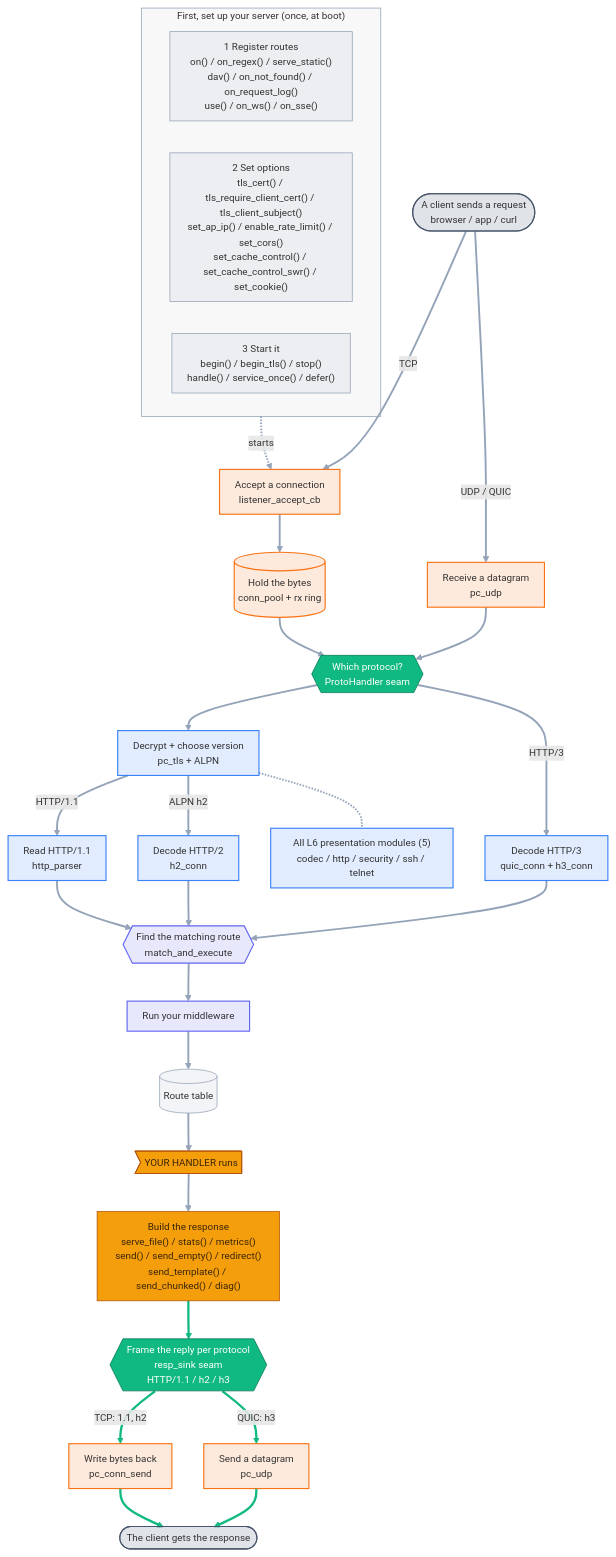
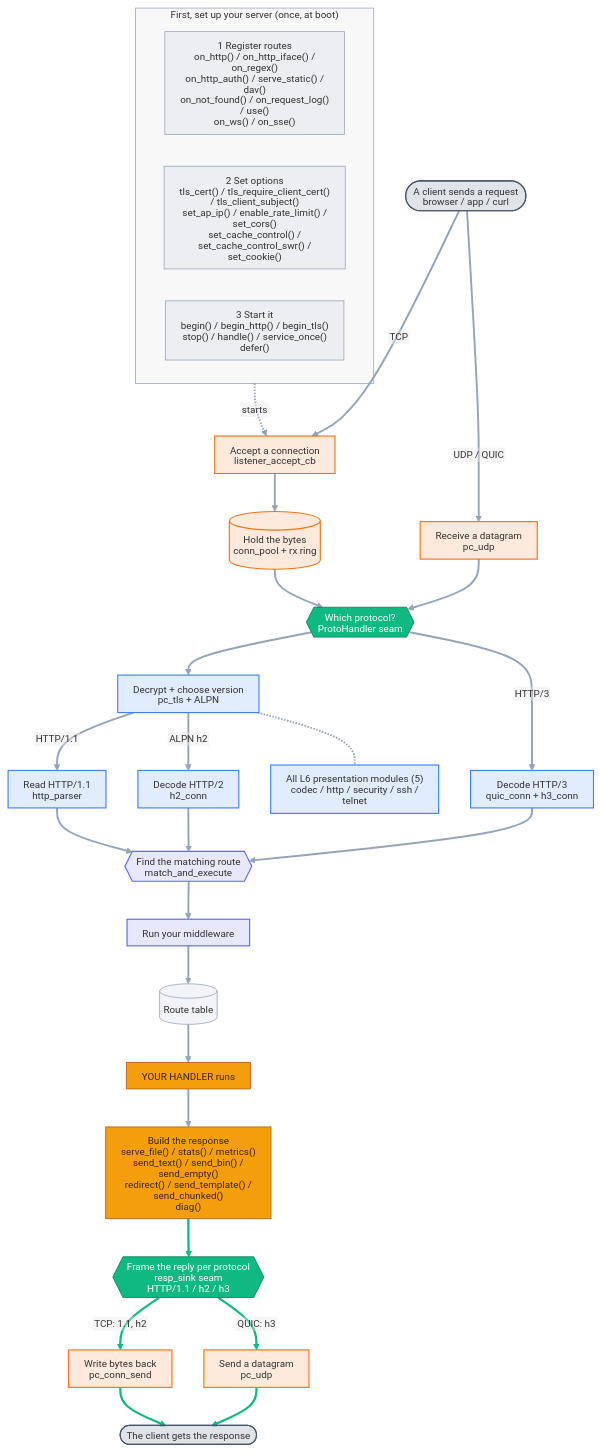
The diagram in docs/diagrams/api_flow_detail.mmd (dstroy0/DeterministicESPAsyncWebServer), drawn with Mermaid before and after one commit. The commit also changed 28 other files, not shown here.

First line of the commit message:
docs: interactive SVG diagrams, and a README that is not half feature table

```diff
--- a/docs/diagrams/api_flow_detail.mmd
+++ b/docs/diagrams/api_flow_detail.mmd
@@ -1,71 +1,71 @@
-%%{init: {'themeVariables':{'fontFamily':'ui-sans-serif,system-ui,Segoe UI,Roboto,sans-serif','fontSize':'13px','lineColor':'#94a3b8'},'flowchart':{'curve':'basis','nodeSpacing':42,'rankSpacing':50,'padding':10,'useMaxWidth':true}}}%%
+%%{init: {'htmlLabels':false,'themeVariables':{'fontFamily':'sans-serif','fontSize':'13px','lineColor':'#94a3b8'},'flowchart':{'curve':'basis','nodeSpacing':42,'rankSpacing':50,'padding':10,'useMaxWidth':true,'htmlLabels':false}}}%%
 flowchart TB
   %% Auto-generated from the public API, proto_builtins.cpp, and presentation/ on disk.
   subgraph SETUP["First, set up your server (once, at boot)"]
     direction LR
-    reg["1 Register routes<br/>on() / on_regex() / serve_static()<br/>dav() / on_not_found() / on_request_log()<br/>use() / on_ws() / on_sse()"]
+    reg["1 Register routes<br/>on_http() / on_http_iface() / on_regex()<br/>on_http_auth() / serve_static() / dav()<br/>on_not_found() / on_request_log() / use()<br/>on_ws() / on_sse()"]
     cfg["2 Set options<br/>tls_cert() / tls_require_client_cert() / tls_client_subject()<br/>set_ap_ip() / enable_rate_limit() / set_cors()<br/>set_cache_control() / set_cache_control_swr() / set_cookie()"]
-    run["3 Start it<br/>begin() / begin_tls() / stop()<br/>handle() / service_once() / defer()"]
+    run["3 Start it<br/>begin() / begin_http() / begin_tls()<br/>stop() / handle() / service_once()<br/>defer()"]
   end
 
   cin(["A client sends a request<br/>browser / app / curl"])
   listen["Accept a connection<br/>listener_accept_cb"]
   ring[("Hold the bytes<br/>conn_pool + rx ring")]
   udprx["Receive a datagram<br/>pc_udp"]
   seam{{"Which protocol?<br/>ProtoHandler seam<br/>"}}
   tls["Decrypt + choose version<br/>pc_tls + ALPN"]
   parser["Read HTTP/1.1<br/>http_parser"]
   h2["Decode HTTP/2<br/>h2_conn"]
   h3["Decode HTTP/3<br/>quic_conn + h3_conn"]
   mae{{"Find the matching route<br/>match_and_execute"}}
   mw["Run your middleware"]
   routes[("Route table")]
-  handler>"YOUR HANDLER runs"]
-  resp["Build the response<br/>serve_file() / stats() / metrics()<br/>send() / send_empty() / redirect()<br/>send_template() / send_chunked() / diag()"]
+  handler["YOUR HANDLER runs"]
+  resp["Build the response<br/>serve_file() / stats() / metrics()<br/>send_text() / send_bin() / send_empty()<br/>redirect() / send_template() / send_chunked()<br/>diag()"]
   sink{{"Frame the reply per protocol<br/>resp_sink seam<br/>HTTP/1.1 / h2 / h3"}}
   consend["Write bytes back<br/>pc_conn_send"]
   udptx["Send a datagram<br/>pc_udp"]
   cout(["The client gets the response"])
   mods["All L6 presentation modules (5)<br/>codec / http / security / ssh / telnet"]
 
   run -.->|starts| listen
   cin ==>|TCP| listen
   listen --> ring
   ring --> seam
   cin ==>|UDP / QUIC| udprx
   udprx --> seam
   seam --> tls
   tls -->|HTTP/1.1| parser
   tls -->|ALPN h2| h2
   seam -->|HTTP/3| h3
   parser --> mae
   h2 --> mae
   h3 --> mae
   mae --> mw
   mw --> routes
   routes --> handler
   handler --> resp
   resp --> sink
   sink -->|TCP: 1.1, h2| consend
   sink -->|QUIC: h3| udptx
   consend ==> cout
   udptx ==> cout
   tls -.- mods
 
   class cin,cout ext;
   class reg,cfg,run,routes setup;
   class listen,ring,udprx,udptx,consend l4;
   class seam,sink seam;
   class tls,parser,h2,h3,mods l6;
   class mae,mw l7;
   class handler,resp you;
   classDef ext fill:#64748b33,stroke:#475569,stroke-width:1.5px;
   classDef setup fill:#94a3b81f,stroke:#94a3b8;
   classDef l4 fill:#f9731626,stroke:#f97316,stroke-width:1.5px;
   classDef seam fill:#10b981,stroke:#047857,color:#ffffff;
   classDef l6 fill:#3b82f626,stroke:#3b82f6,stroke-width:1.5px;
   classDef l7 fill:#6366f126,stroke:#6366f1,stroke-width:1.5px;
   classDef you fill:#f59e0b,stroke:#b45309,color:#3b2508;
   style SETUP fill:#8888880f,stroke:#94a3b8,stroke-width:1px;
   linkStyle default stroke-width:2.5px;
   linkStyle 17,18,19,20,21 stroke:#10b981,stroke-width:3px;
```
